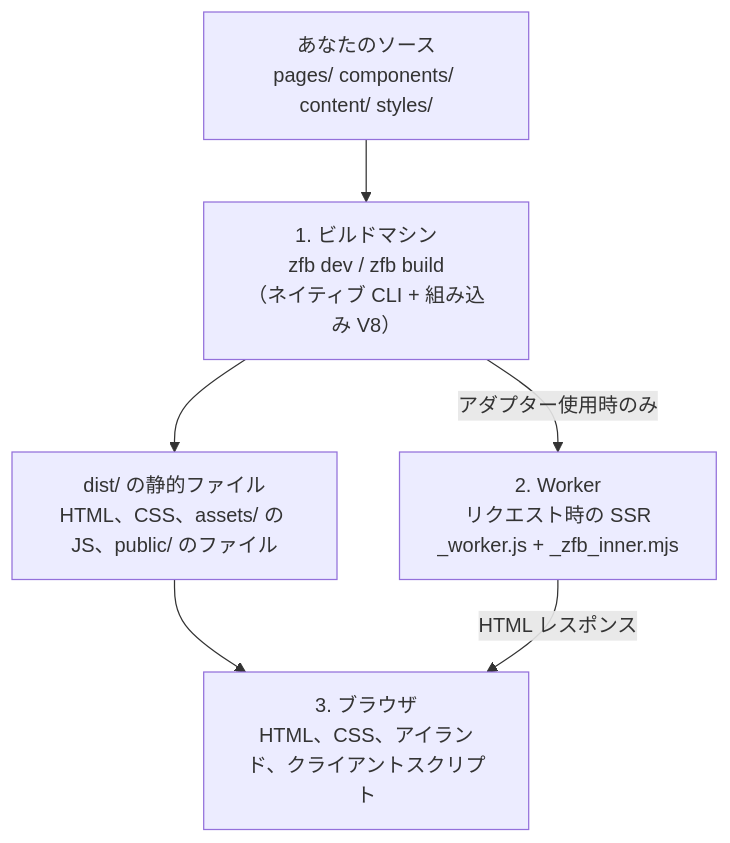
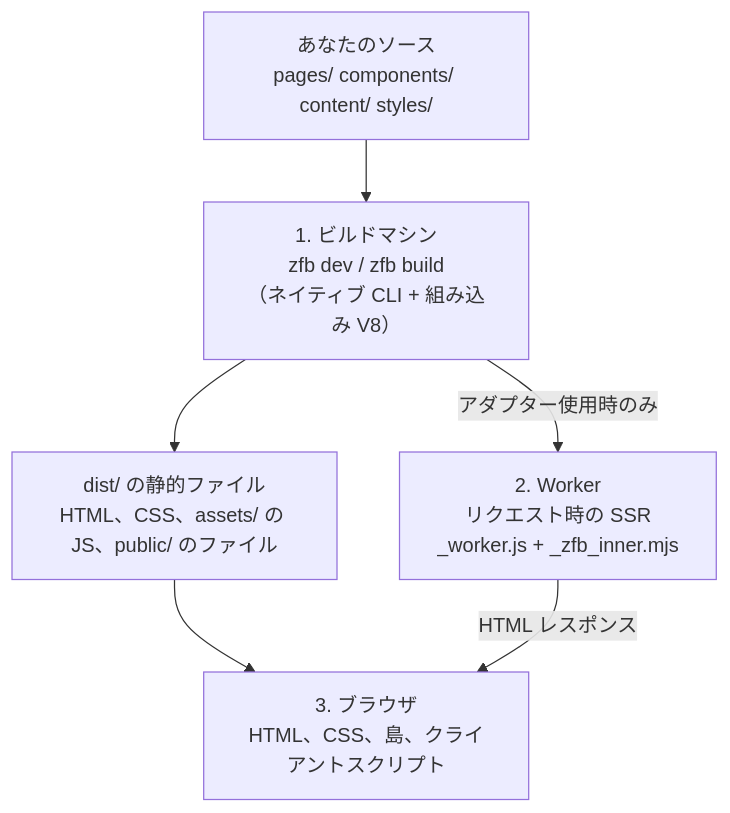
The diagram in docs/src/content/docs-ja/architecture/architecture-overview.mdx (Takazudo/zudo-front-builder), drawn with Mermaid before and after one commit. The commit also changed other lines of this file and 10 other files, not shown here.

First line of the commit message:
docs(architecture): address reader review of the guide and detail pages

````diff
--- a/docs/src/content/docs-ja/architecture/architecture-overview.mdx
+++ b/docs/src/content/docs-ja/architecture/architecture-overview.mdx
@@ -45,14 +45,14 @@
 ```mermaid
 flowchart TD
     src["あなたのソース\npages/ components/ content/ styles/"]
     build["1. ビルドマシン\nzfb dev / zfb build\n（ネイティブ CLI + 組み込み V8）"]
     assets["dist/ の静的ファイル\nHTML、CSS、assets/ の JS、public/ のファイル"]
     worker["2. Worker\nリクエスト時の SSR\n_worker.js + _zfb_inner.mjs"]
-    browser["3. ブラウザ\nHTML、CSS、アイランド、クライアントスクリプト"]
+    browser["3. ブラウザ\nHTML、CSS、島、クライアントスクリプト"]
 
     src --> build
     build --> assets
     build -->|"アダプター使用時のみ"| worker
     assets --> browser
     worker -->|"HTML レスポンス"| browser
 ```
````
